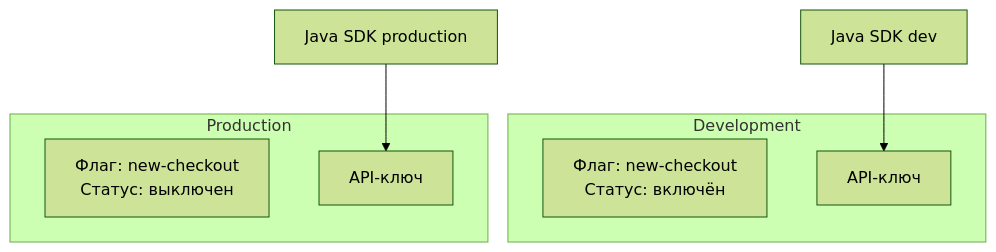
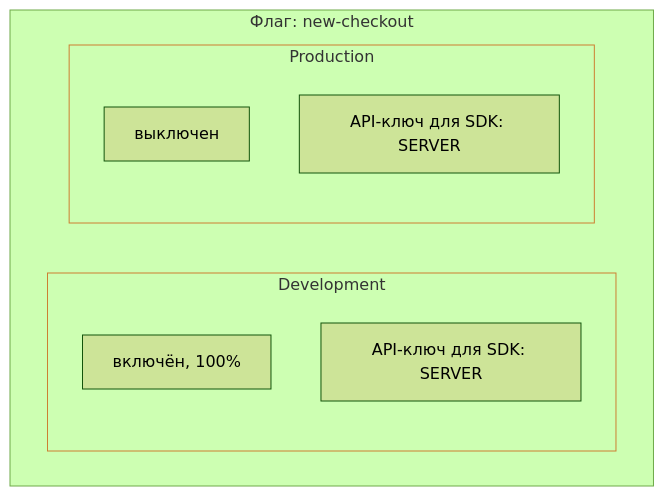
Before and after one commit to edgar-dev20/mozhno: the diagram in docs/concepts/environments.md, drawn with Mermaid (forest theme). The commit also changed other lines of this file and 28 other files, not shown here.

Commit message:
docs: restructure — split intro/ from guide/, clean concepts (api-keys security, segments examples, users REST-API), fix environments diagram

````diff
--- a/docs/concepts/environments.md
+++ b/docs/concepts/environments.md
@@ -20,13 +20,16 @@
 ```mermaid
 graph TB
-    subgraph "Development"
-        F1[Флаг: new-checkout<br/>Статус: включён]
-        K1[API-ключ]
+    subgraph FLAG["Флаг: new-checkout"]
+        subgraph DEV[Development]
+            D1["включён, 100%"]
+            D2["API-ключ для SDK: SERVER"]
+        end
+        subgraph PROD[Production]
+            P1["выключен"]
+            P2["API-ключ для SDK: SERVER"]
+        end
     end
-    subgraph "Production"
-        F3[Флаг: new-checkout<br/>Статус: выключен]
-        K3[API-ключ]
-    end
-    SDK1[Java SDK dev] --> K1
-    SDK3[Java SDK production] --> K3
+
+    style DEV stroke:#CD7F32
+    style PROD stroke:#CD7F32
 ```
````
